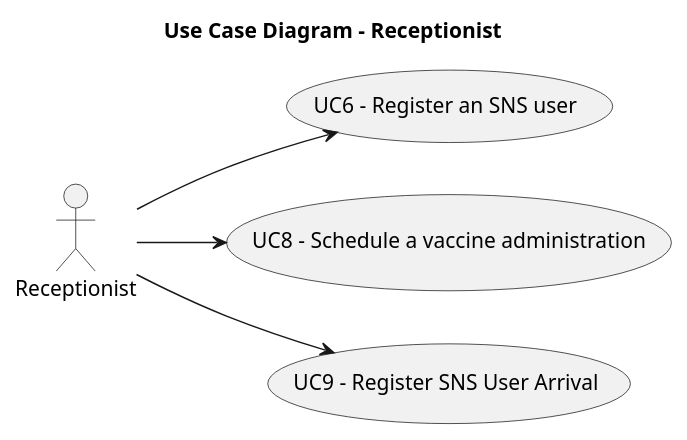
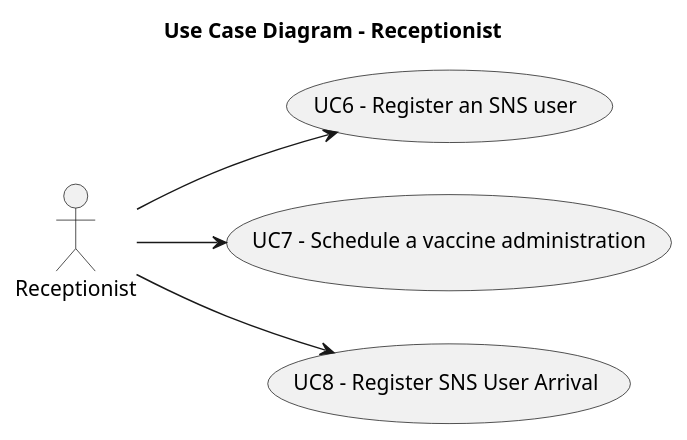
One commit to Andre-1240567/fsoft2026_1DD_1 changed the diagram in Documentation/global-artifacts/puml/UCD_Receptionist.puml. Above: the diagram before and after it, drawn with PlantUML. The commit also changed 36 other files, not shown here.

```diff
--- a/Documentation/global-artifacts/puml/UCD_Receptionist.puml
+++ b/Documentation/global-artifacts/puml/UCD_Receptionist.puml
@@ -1,15 +1,15 @@
 @startuml UCD_Receptionist
 title Use Case Diagram - Receptionist
 left to right direction
 
 actor "Receptionist" as Rec
 
     usecase "UC6 - Register an SNS user" as UC6
-    usecase "UC8 - Schedule a vaccine administration" as UC8
-    usecase "UC9 - Register SNS User Arrival" as UC9
+    usecase "UC7 - Schedule a vaccine administration" as UC7
+    usecase "UC8 - Register SNS User Arrival" as UC8
 
 
 Rec --> UC6
+Rec --> UC7
 Rec --> UC8
-Rec --> UC9
 @enduml
```
